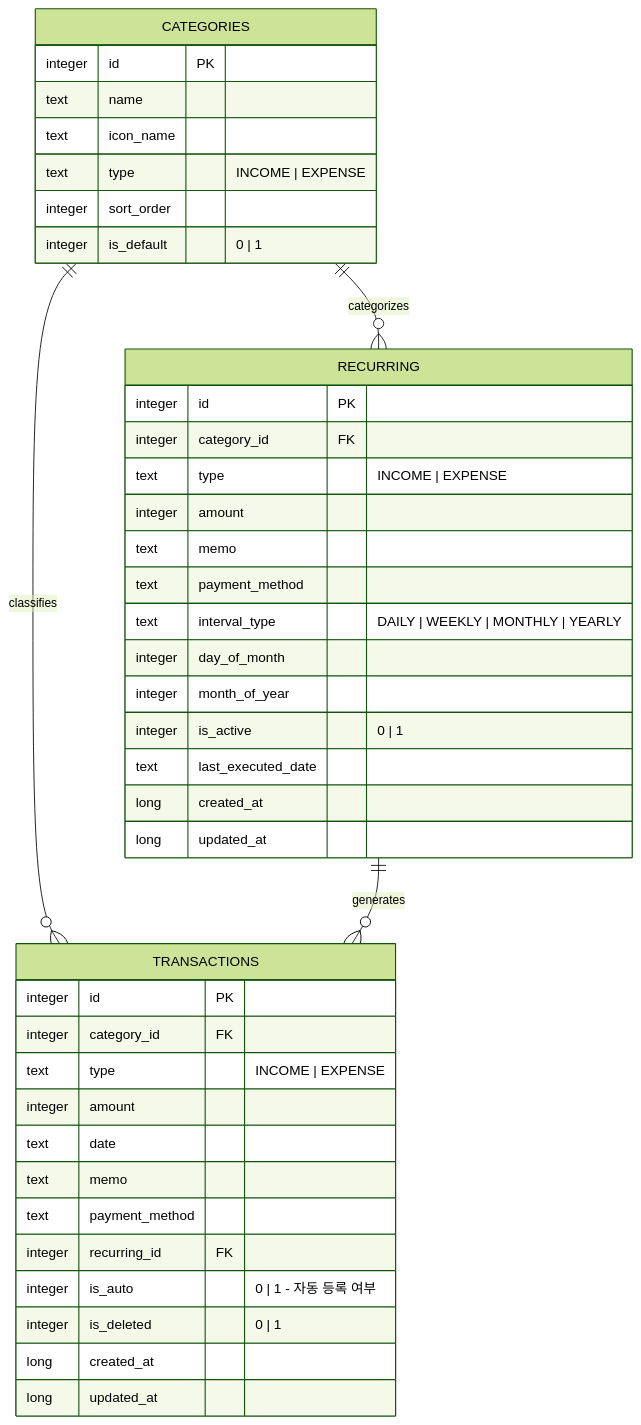
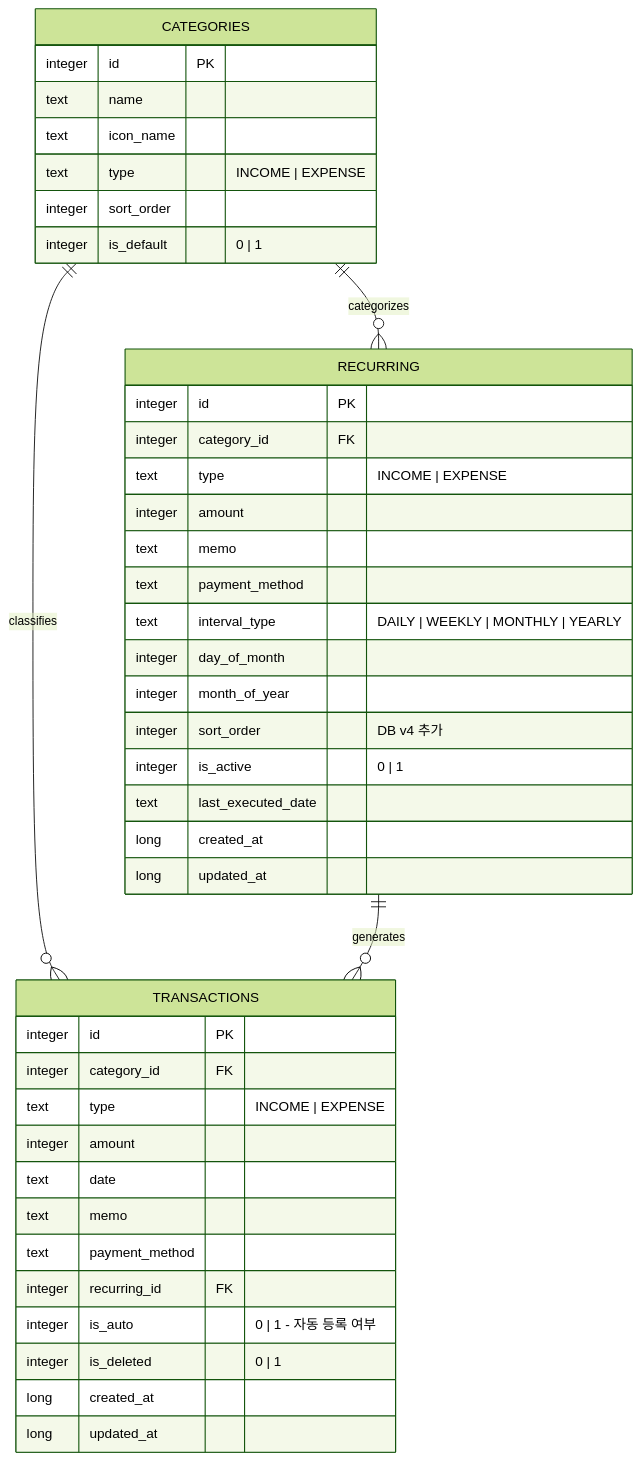
One commit to steveve14/MoneyLog changed the diagram in docs/05_데이터베이스_설계.md. Above: the diagram before and after it, drawn with Mermaid (forest theme). The commit also changed other lines of this file and 53 other files, not shown here.

````diff
--- a/docs/05_데이터베이스_설계.md
+++ b/docs/05_데이터베이스_설계.md
@@ -24,46 +24,47 @@
 ```mermaid
 erDiagram
     CATEGORIES {
         integer id PK
         text name
         text icon_name
         text type "INCOME | EXPENSE"
         integer sort_order
         integer is_default "0 | 1"
     }
 
     TRANSACTIONS {
         integer id PK
         integer category_id FK
         text type "INCOME | EXPENSE"
         integer amount
         text date
         text memo
         text payment_method
         integer recurring_id FK
         integer is_auto "0 | 1 - 자동 등록 여부"
         integer is_deleted "0 | 1"
         long created_at
         long updated_at
     }
 
     RECURRING {
         integer id PK
         integer category_id FK
         text type "INCOME | EXPENSE"
         integer amount
         text memo
         text payment_method
         text interval_type "DAILY | WEEKLY | MONTHLY | YEARLY"
         integer day_of_month
         integer month_of_year
+        integer sort_order "DB v4 추가"
         integer is_active "0 | 1"
         text last_executed_date
         long created_at
         long updated_at
     }
 
     CATEGORIES ||--o{ TRANSACTIONS : "classifies"
     CATEGORIES ||--o{ RECURRING : "categorizes"
     RECURRING ||--o{ TRANSACTIONS : "generates"
 ```
````
